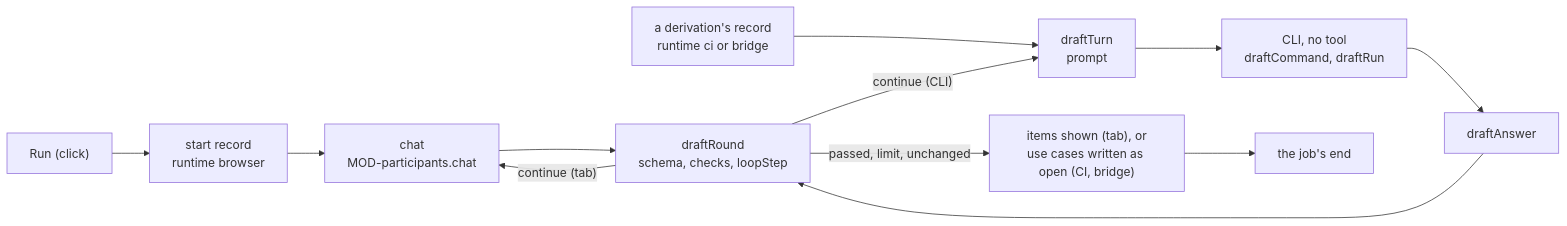
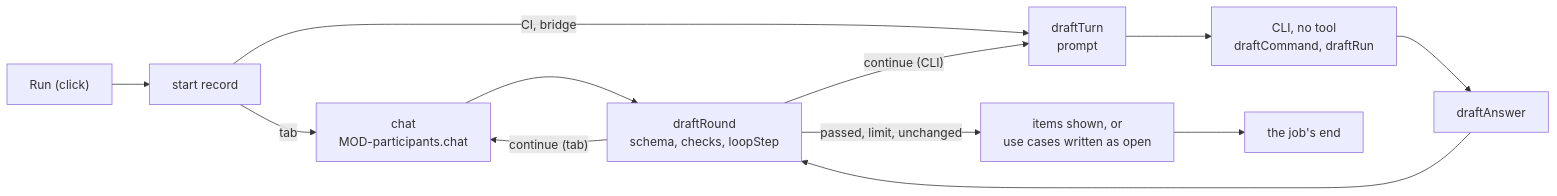
Before and after one commit to akmaier/agent-m: the diagram in docs/architecture/ARC-031-drafting-jobs-in-the-browser-tab.md, drawn with Mermaid. The commit also changed other lines of this file and 3 other files, not shown here.

````diff
--- a/docs/architecture/ARC-031-drafting-jobs-in-the-browser-tab.md
+++ b/docs/architecture/ARC-031-drafting-jobs-in-the-browser-tab.md
@@ -261,14 +277,14 @@
 ```mermaid
 flowchart LR
-    R["Run (click)"] --> S["start record<br/>runtime browser"]
-    S --> C["chat<br/>MOD-participants.chat"]
-    J["a derivation's record<br/>runtime ci or bridge"] --> T["draftTurn<br/>prompt"]
+    R["Run (click)"] --> S["start record"]
+    S -- tab --> C["chat<br/>MOD-participants.chat"]
+    S -- "CI, bridge" --> T["draftTurn<br/>prompt"]
     T --> L["CLI, no tool<br/>draftCommand, draftRun"]
     L --> A["draftAnswer"]
     C --> D["draftRound<br/>schema, checks, loopStep"]
     A --> D
     D -- "continue (tab)" --> C
     D -- "continue (CLI)" --> T
-    D -- "passed, limit, unchanged" --> V["items shown (tab), or<br/>use cases written as open (CI, bridge)"]
+    D -- "passed, limit, unchanged" --> V["items shown, or<br/>use cases written as open"]
     V --> W["the job's end"]
 ```
````
